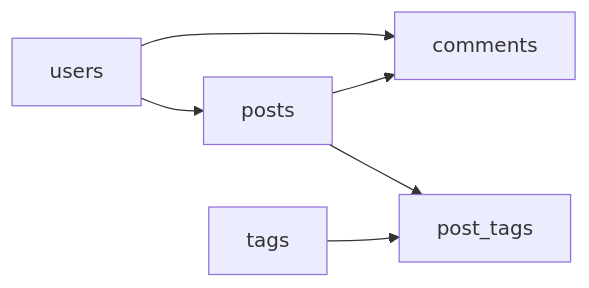
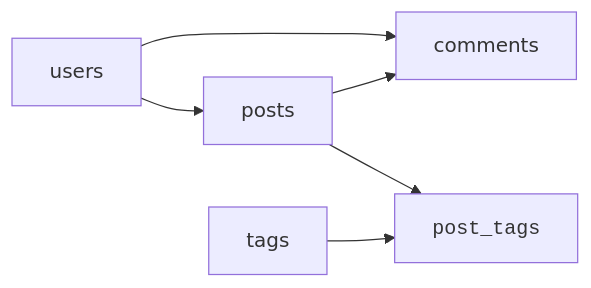
One commit to dataslope/dataslope changed the second of 6 diagrams in content/learn/database-design-postgresql/case-study-blog.mdx. Above: the diagram before and after it, drawn with Mermaid. The commit also changed other lines of this file and 153 other files, not shown here.

First line of the commit message:
Render code-only mermaid shapes in monospace; convert step sequences to Steps

````diff
--- a/content/learn/database-design-postgresql/case-study-blog.mdx
+++ b/content/learn/database-design-postgresql/case-study-blog.mdx
@@ -43,8 +43,8 @@
 ```mermaid
 flowchart LR
     Users["users"] --> Posts["posts"]
     Users --> Comments["comments"]
     Posts --> Comments
-    Posts --> PostTags["post_tags"]
+    Posts --> PostTags["<code>post_tags</code>"]
     Tags["tags"] --> PostTags
 ```
````
